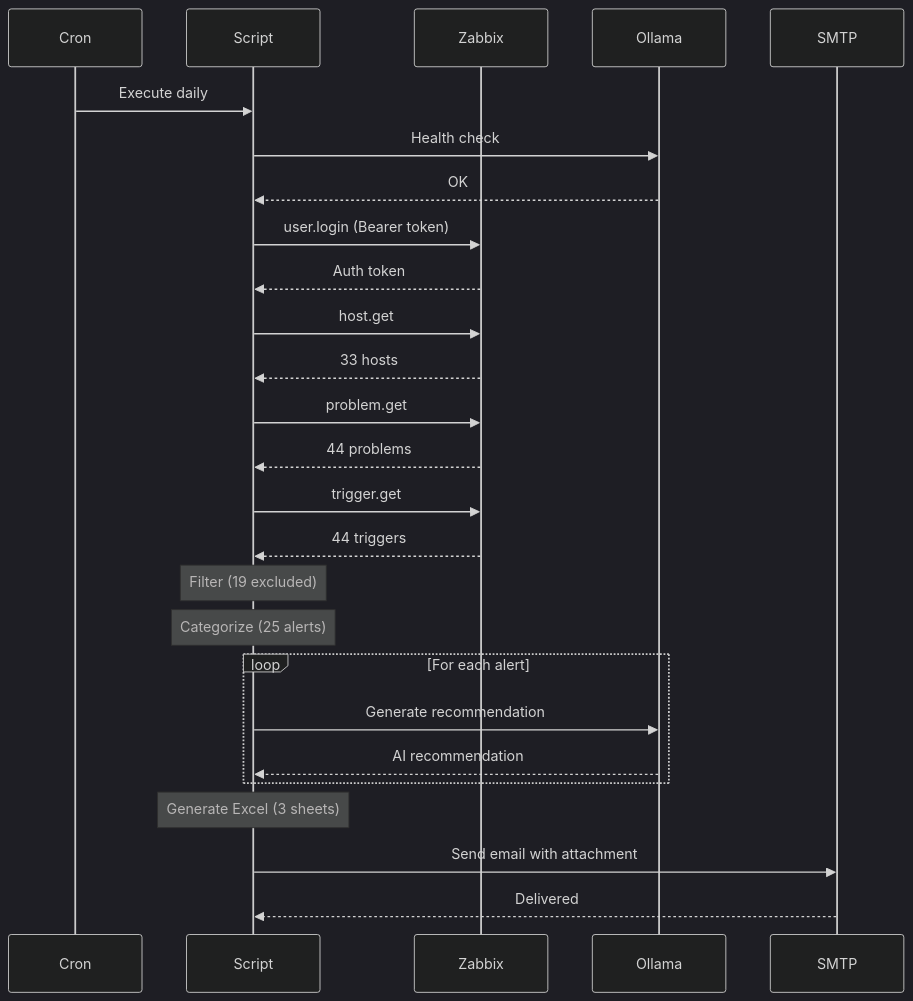
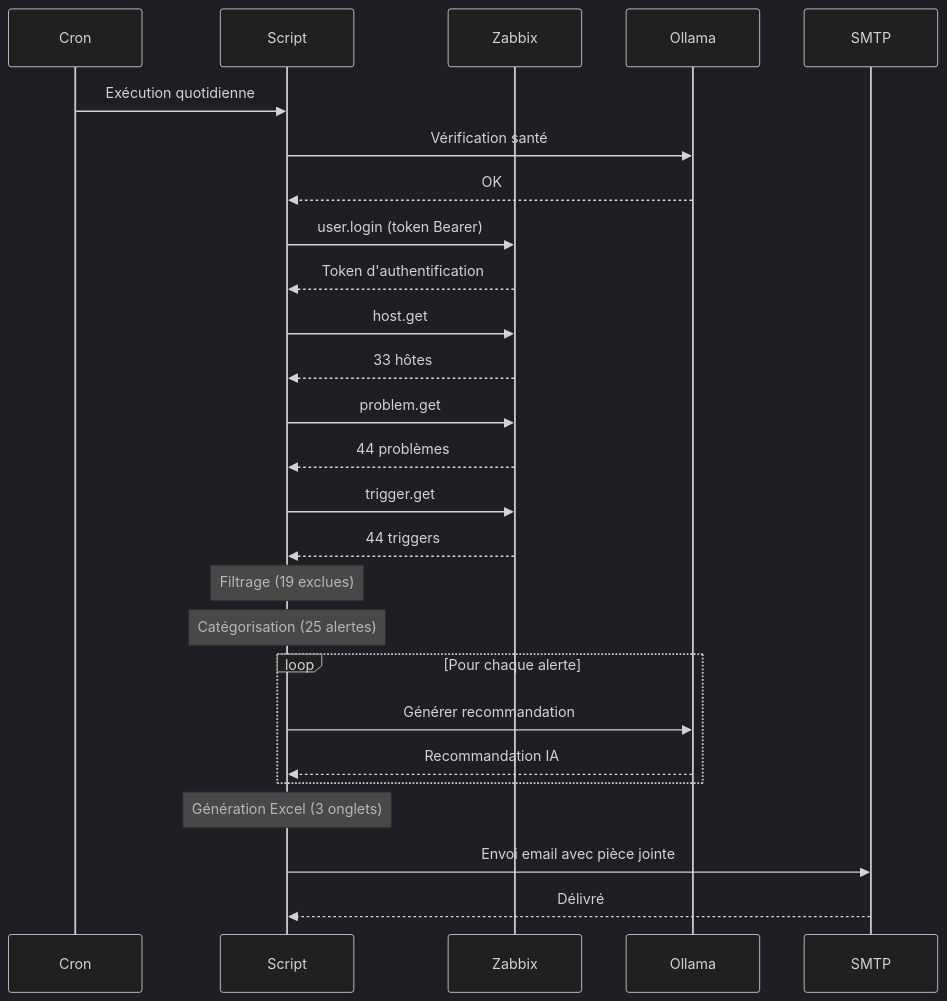
One commit to Yukouf/Zabbix-Auto-Report changed the second of 2 diagrams in README.md. Above: the diagram before and after it, drawn with Mermaid (dark theme). The commit also changed other lines of this file, not shown here.

````diff
--- a/README.md
+++ b/README.md
@@ -198,29 +199,29 @@
 ```mermaid
 sequenceDiagram
     participant Cron
     participant Script
     participant Zabbix
     participant Ollama
     participant SMTP
 
-    Cron->>Script: Execute daily
-    Script->>Ollama: Health check
+    Cron->>Script: Exécution quotidienne
+    Script->>Ollama: Vérification santé
     Ollama-->>Script: OK
-    Script->>Zabbix: user.login (Bearer token)
-    Zabbix-->>Script: Auth token
+    Script->>Zabbix: user.login (token Bearer)
+    Zabbix-->>Script: Token d'authentification
     Script->>Zabbix: host.get
-    Zabbix-->>Script: 33 hosts
+    Zabbix-->>Script: 33 hôtes
     Script->>Zabbix: problem.get
-    Zabbix-->>Script: 44 problems
+    Zabbix-->>Script: 44 problèmes
     Script->>Zabbix: trigger.get
     Zabbix-->>Script: 44 triggers
-    Note over Script: Filter (19 excluded)
-    Note over Script: Categorize (25 alerts)
-    loop For each alert
-        Script->>Ollama: Generate recommendation
-        Ollama-->>Script: AI recommendation
+    Note over Script: Filtrage (19 exclues)
+    Note over Script: Catégorisation (25 alertes)
+    loop Pour chaque alerte
+        Script->>Ollama: Générer recommandation
+        Ollama-->>Script: Recommandation IA
     end
-    Note over Script: Generate Excel (3 sheets)
-    Script->>SMTP: Send email with attachment
-    SMTP-->>Script: Delivered
+    Note over Script: Génération Excel (3 onglets)
+    Script->>SMTP: Envoi email avec pièce jointe
+    SMTP-->>Script: Délivré
 ```
````
